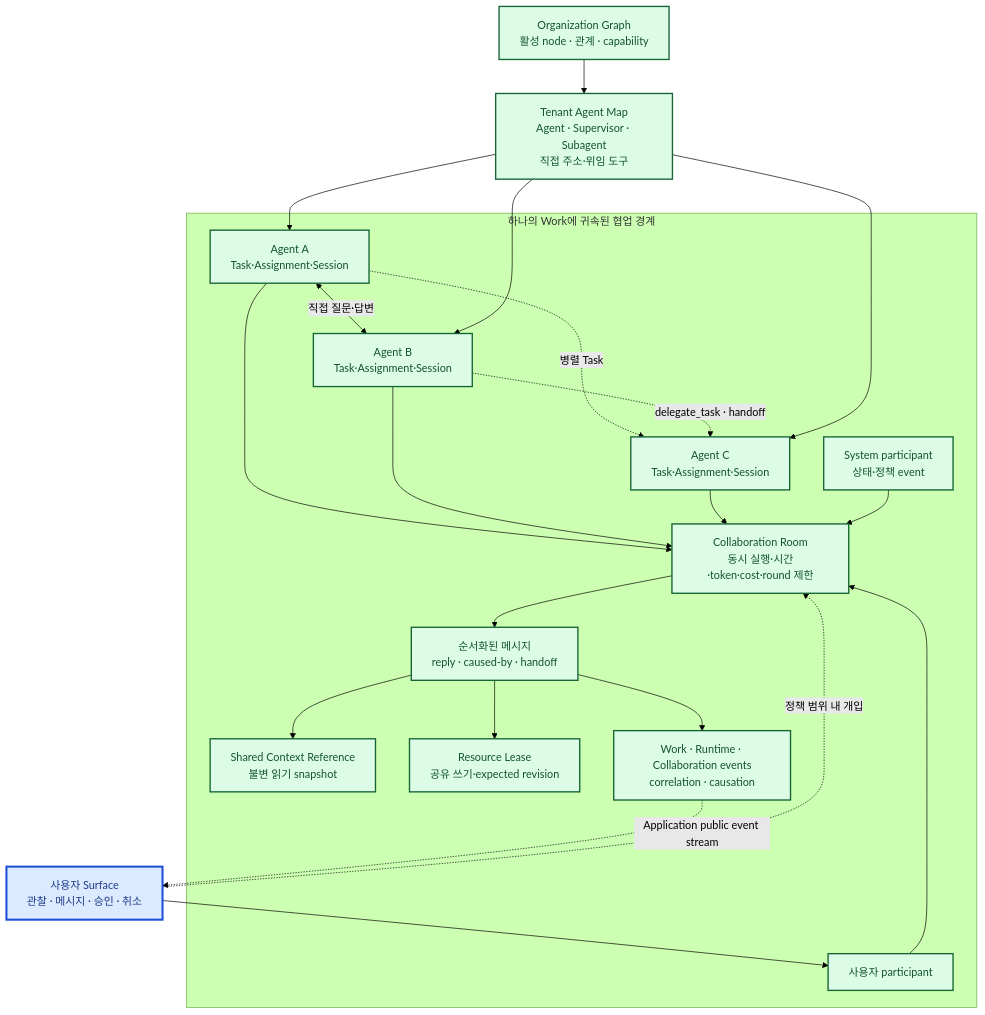
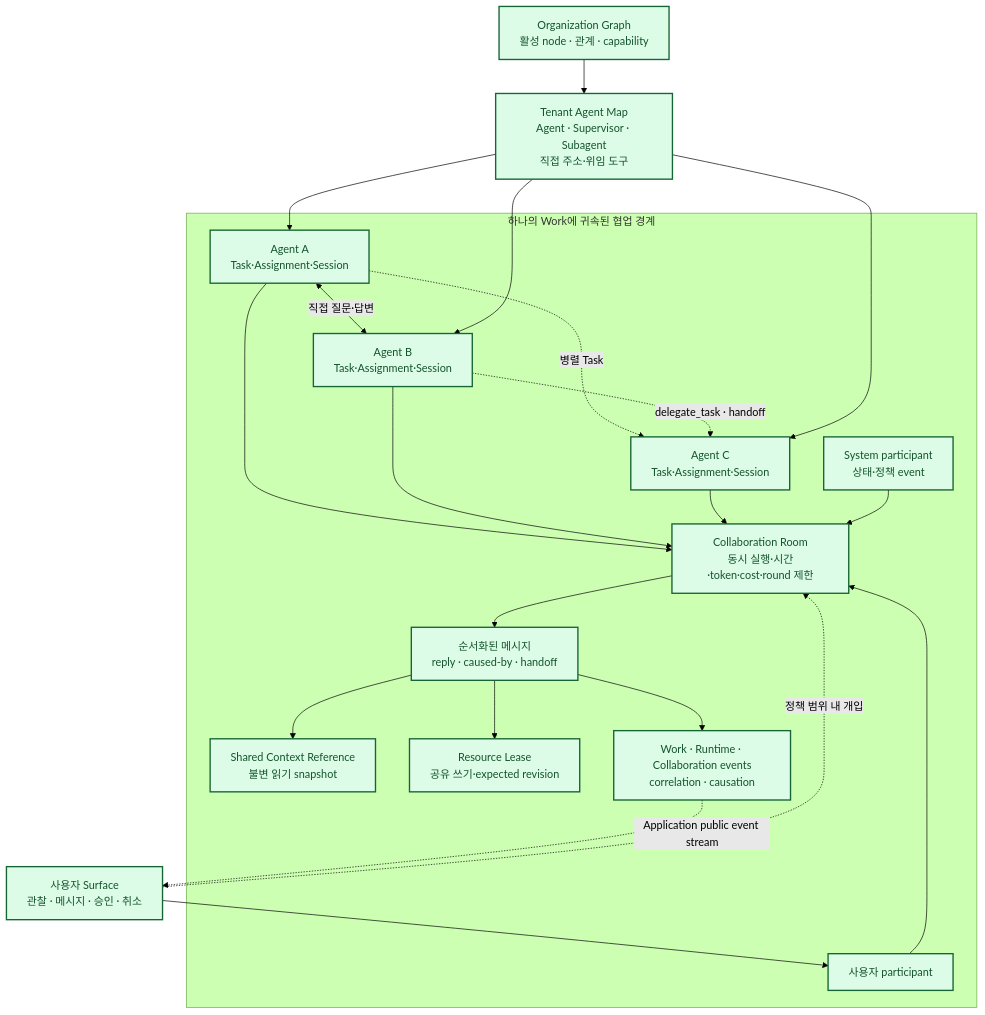
The sixth of 10 diagrams in docs/architecture/README.md (jabdori/massion), drawn with Mermaid (forest theme) before and after one commit. The commit also changed other lines of this file and 43 other files, not shown here.

````diff
--- a/docs/architecture/README.md
+++ b/docs/architecture/README.md
@@ -341,45 +341,45 @@
 ```mermaid
 flowchart TB
   classDef implemented fill:#dcfce7,stroke:#166534,color:#14532d,stroke-width:2px;
   classDef implementing fill:#dbeafe,stroke:#1d4ed8,color:#1e3a8a,stroke-width:3px;
   classDef planned fill:#f3f4f6,stroke:#6b7280,color:#374151,stroke-width:1px,stroke-dasharray:5 5;
   classDef external fill:#ffedd5,stroke:#c2410c,color:#7c2d12,stroke-width:2px;
 
   Org["Organization Graph<br/>활성 node · 관계 · capability"]:::implemented
   Map["Tenant Agent Map<br/>Agent · Supervisor · Subagent<br/>직접 주소·위임 도구"]:::implemented
-  Observer["사용자 Surface<br/>관찰 · 메시지 · 승인 · 취소"]:::implementing
+  Observer["사용자 Surface<br/>관찰 · 메시지 · 승인 · 취소"]:::implemented
 
   subgraph WorkBoundary["하나의 Work에 귀속된 협업 경계"]
     Room["Collaboration Room<br/>동시 실행·시간·token·cost·round 제한"]:::implemented
     User["사용자 participant"]:::implemented
     AgentA["Agent A<br/>Task·Assignment·Session"]:::implemented
     AgentB["Agent B<br/>Task·Assignment·Session"]:::implemented
     AgentC["Agent C<br/>Task·Assignment·Session"]:::implemented
     System["System participant<br/>상태·정책 event"]:::implemented
     Messages["순서화된 메시지<br/>reply · caused-by · handoff"]:::implemented
     Shared["Shared Context Reference<br/>불변 읽기 snapshot"]:::implemented
     Lease["Resource Lease<br/>공유 쓰기·expected revision"]:::implemented
     Events["Work · Runtime · Collaboration events<br/>correlation · causation"]:::implemented
 
     User --> Room
     AgentA --> Room
     AgentB --> Room
     AgentC --> Room
     System --> Room
     Room --> Messages
     AgentA <-->|"직접 질문·답변"| AgentB
     AgentA -. "병렬 Task" .-> AgentC
     AgentB -. "delegate_task · handoff" .-> AgentC
     Messages --> Shared
     Messages --> Lease
     Messages --> Events
   end
 
   Org --> Map
   Map --> AgentA
   Map --> AgentB
   Map --> AgentC
   Observer --> User
   Events -. "Application public event stream" .-> Observer
   Observer -. "정책 범위 내 개입" .-> Room
 ```
````
